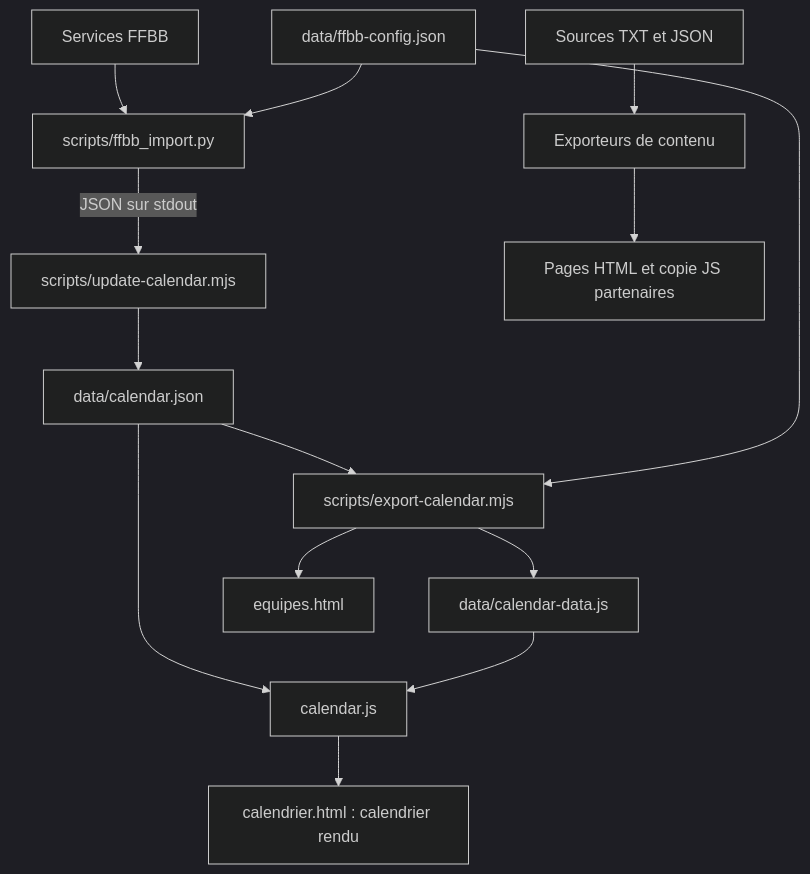
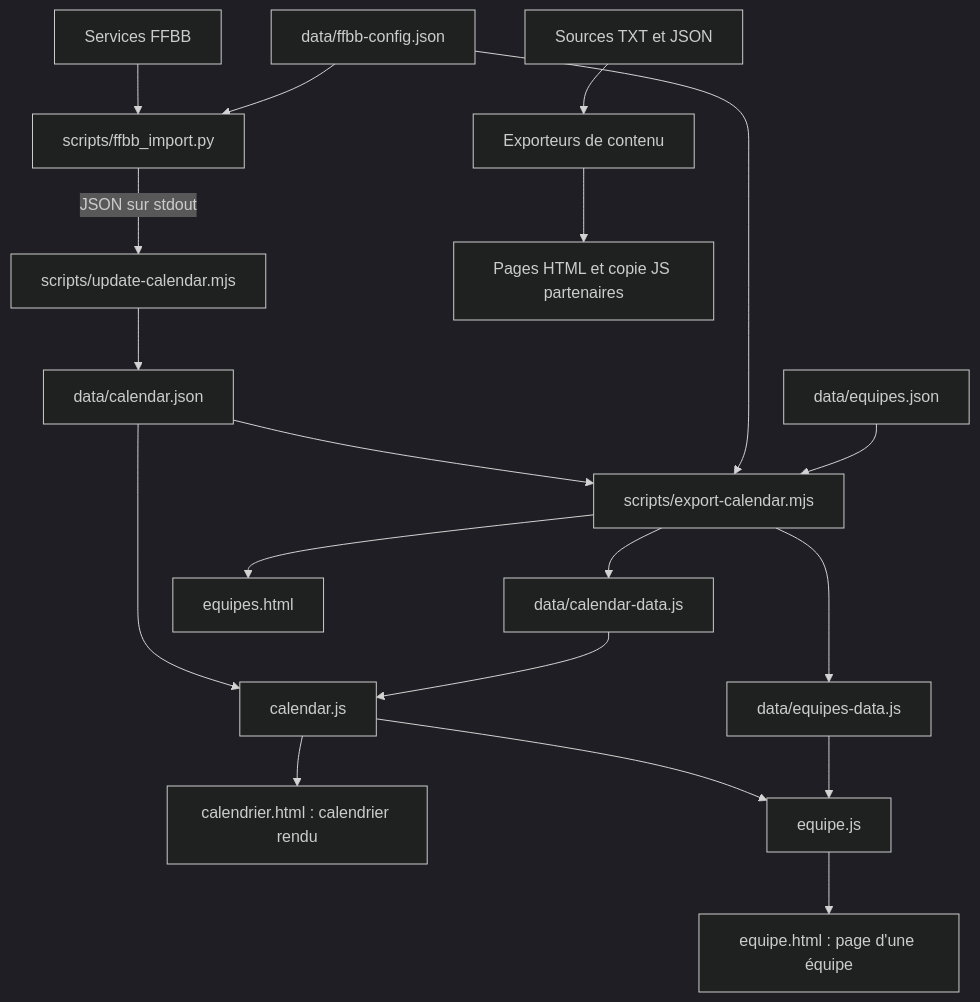
Before and after one commit to Bsems/site-web-ast: the diagram in DOCUMENTATION_TECHNIQUE.md, drawn with Mermaid (dark theme). The commit also changed other lines of this file and 15 other files, not shown here.

First line of the commit message:
Ajouter une page par équipe avec classement complet

````diff
--- a/DOCUMENTATION_TECHNIQUE.md
+++ b/DOCUMENTATION_TECHNIQUE.md
@@ -46,16 +46,21 @@
 ```mermaid
 flowchart TD
     FFBB[Services FFBB] --> PY[scripts/ffbb_import.py]
     CFG[data/ffbb-config.json] --> PY
     PY -->|JSON sur stdout| UP[scripts/update-calendar.mjs]
     UP --> CAL[data/calendar.json]
     CAL --> EXP[scripts/export-calendar.mjs]
     CFG --> EXP
     EXP --> COPY[data/calendar-data.js]
     EXP --> TEAMS[equipes.html]
+    TC[data/equipes.json] --> EXP
+    EXP --> TCOPY[data/equipes-data.js]
     CAL --> UI[calendar.js]
     COPY --> UI
     UI --> PAGE[calendrier.html : calendrier rendu]
+    UI --> TEAM[equipe.js]
+    TCOPY --> TEAM
+    TEAM --> TPAGE[equipe.html : page d'une équipe]
     CONTENT[Sources TXT et JSON] --> GEN[Exporteurs de contenu]
     GEN --> HTML[Pages HTML et copie JS partenaires]
 ```
````
